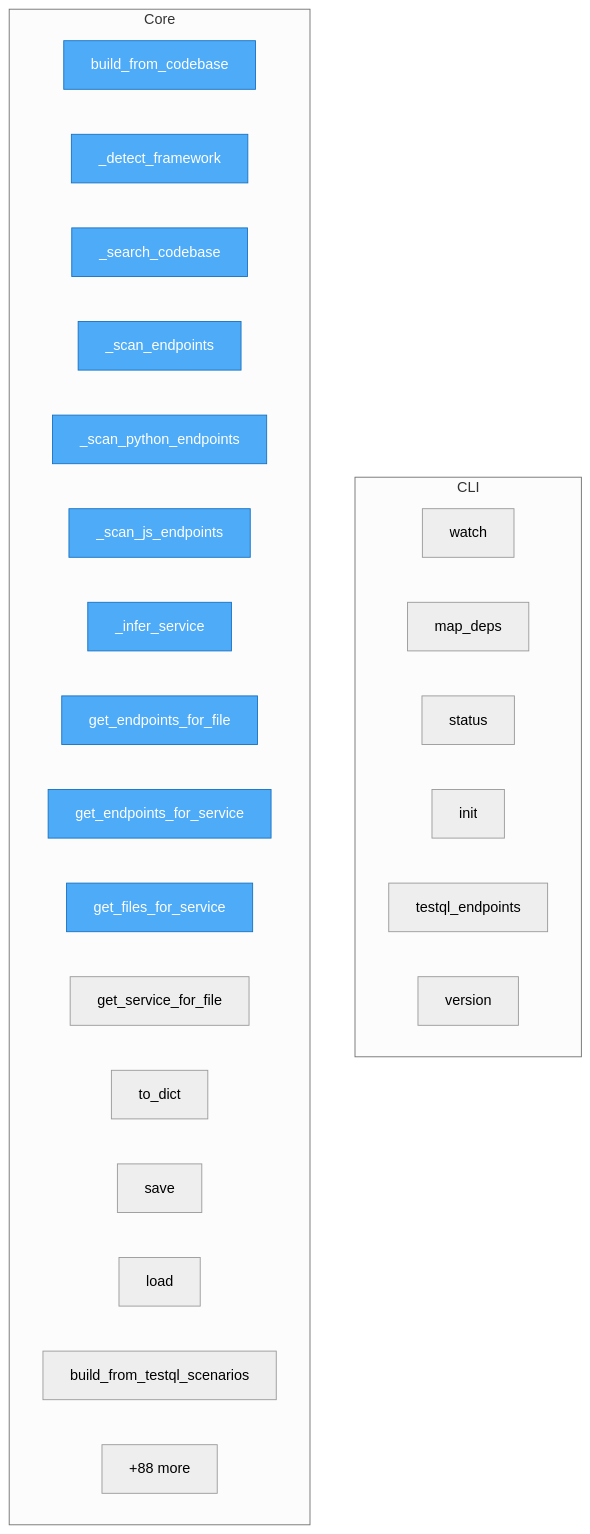
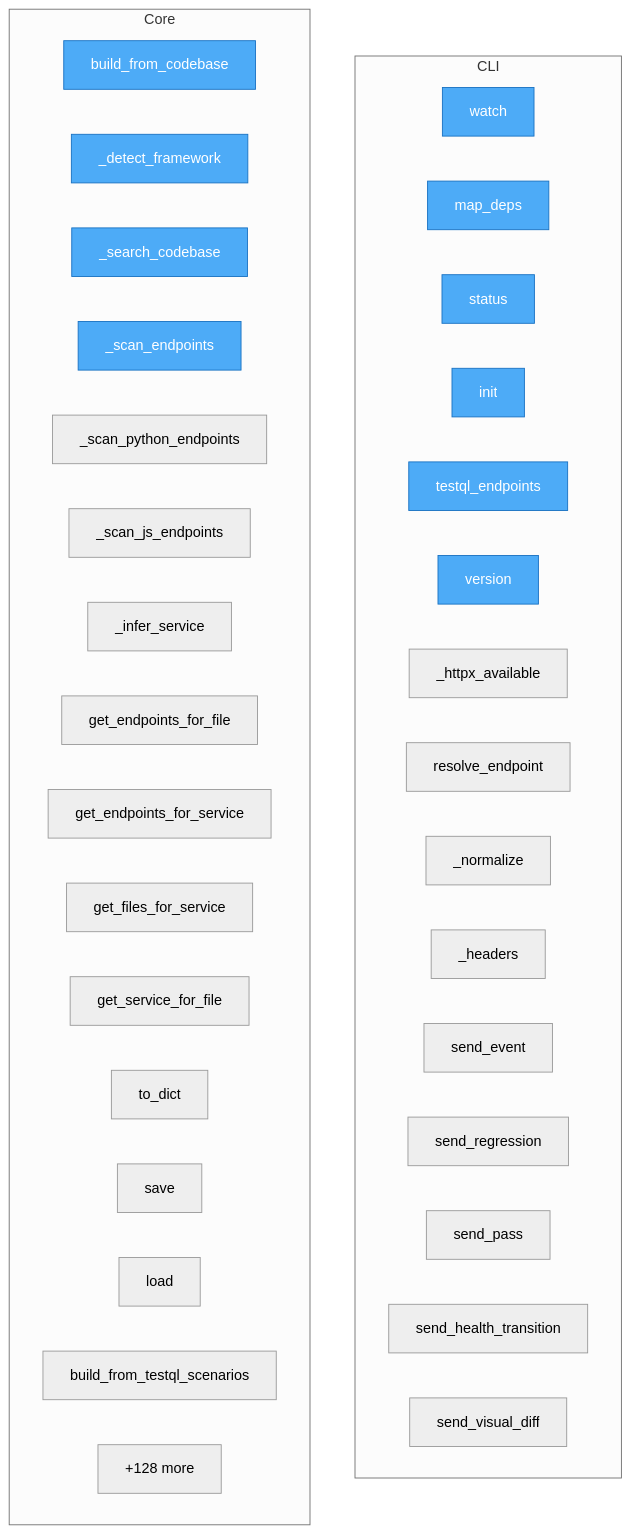
Before and after one commit to semcod/wup: the diagram in project/flow.mmd, drawn with Mermaid (neutral theme). The commit also changed 55 other files, not shown here.

```diff
--- a/project/flow.mmd
+++ b/project/flow.mmd
@@ -1,34 +1,43 @@
 flowchart TD
 
     %% Entry points (blue)
     classDef entry fill:#4dabf7,stroke:#1971c2,color:#fff
 
     subgraph CLI
         wup__cli__watch["watch"]
         wup__cli__map_deps["map_deps"]
         wup__cli__status["status"]
         wup__cli__init["init"]
         wup__cli__testql_endpoints["testql_endpoints"]
         wup__cli__version["version"]
+        wup__web_client___httpx_available["_httpx_available"]
+        wup__web_client__resolve_endpoint["resolve_endpoint"]
+        wup__web_client___normalize["_normalize"]
+        wup__web_client__WebClient___headers["_headers"]
+        wup__web_client__WebClient__send_event["send_event"]
+        wup__web_client__WebClient__send_regression["send_regression"]
+        wup__web_client__WebClient__send_pass["send_pass"]
+        wup__web_client__WebClient__send_health_transition["send_health_transition"]
+        wup__web_client__WebClient__send_visual_diff["send_visual_diff"]
     end
 
     subgraph Core
         wup__dependency_mapper__DependencyMapper__build_from_codebase["build_from_codebase"]
         wup__dependency_mapper__DependencyMapper___detect_framework["_detect_framework"]
         wup__dependency_mapper__DependencyMapper___search_codebase["_search_codebase"]
         wup__dependency_mapper__DependencyMapper___scan_endpoints["_scan_endpoints"]
         wup__dependency_mapper__DependencyMapper___scan_python_endpoints["_scan_python_endpoints"]
         wup__dependency_mapper__DependencyMapper___scan_js_endpoints["_scan_js_endpoints"]
         wup__dependency_mapper__DependencyMapper___infer_service["_infer_service"]
         wup__dependency_mapper__DependencyMapper__get_endpoints_for_file["get_endpoints_for_file"]
         wup__dependency_mapper__DependencyMapper__get_endpoints_for_service["get_endpoints_for_service"]
         wup__dependency_mapper__DependencyMapper__get_files_for_service["get_files_for_service"]
         wup__dependency_mapper__DependencyMapper__get_service_for_file["get_service_for_file"]
         wup__dependency_mapper__DependencyMapper__to_dict["to_dict"]
         wup__dependency_mapper__DependencyMapper__save["save"]
         wup__dependency_mapper__DependencyMapper__load["load"]
         wup__dependency_mapper__DependencyMapper__build_from_testql_scenarios["build_from_testql_scenarios"]
-        ...["+88 more"]
+        ...["+128 more"]
     end
 
-    class wup__dependency_mapper__DependencyMapper__build_from_codebase,wup__dependency_mapper__DependencyMapper___detect_framework,wup__dependency_mapper__DependencyMapper___search_codebase,wup__dependency_mapper__DependencyMapper___scan_endpoints,wup__dependency_mapper__DependencyMapper___scan_python_endpoints,wup__dependency_mapper__DependencyMapper___scan_js_endpoints,wup__dependency_mapper__DependencyMapper___infer_service,wup__dependency_mapper__DependencyMapper__get_endpoints_for_file,wup__dependency_mapper__DependencyMapper__get_endpoints_for_service,wup__dependency_mapper__DependencyMapper__get_files_for_service entry
+    class wup__cli__watch,wup__cli__map_deps,wup__cli__status,wup__cli__init,wup__cli__testql_endpoints,wup__cli__version,wup__dependency_mapper__DependencyMapper__build_from_codebase,wup__dependency_mapper__DependencyMapper___detect_framework,wup__dependency_mapper__DependencyMapper___search_codebase,wup__dependency_mapper__DependencyMapper___scan_endpoints entry
```
